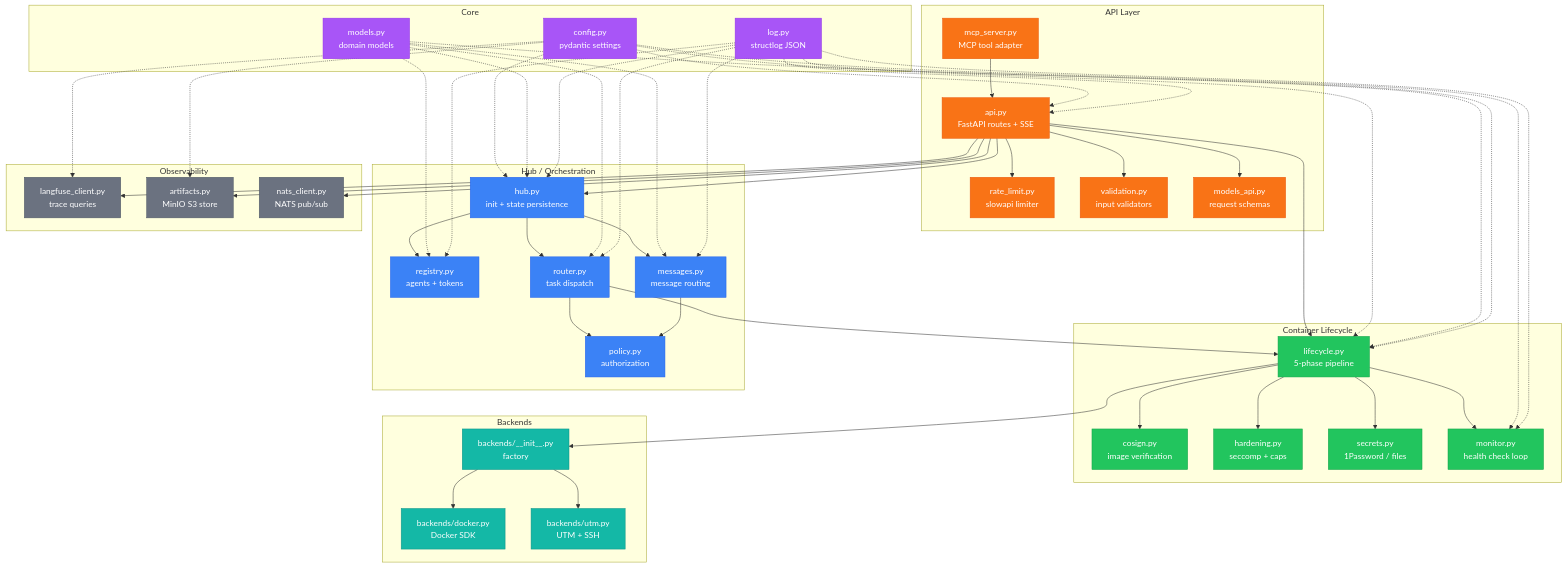
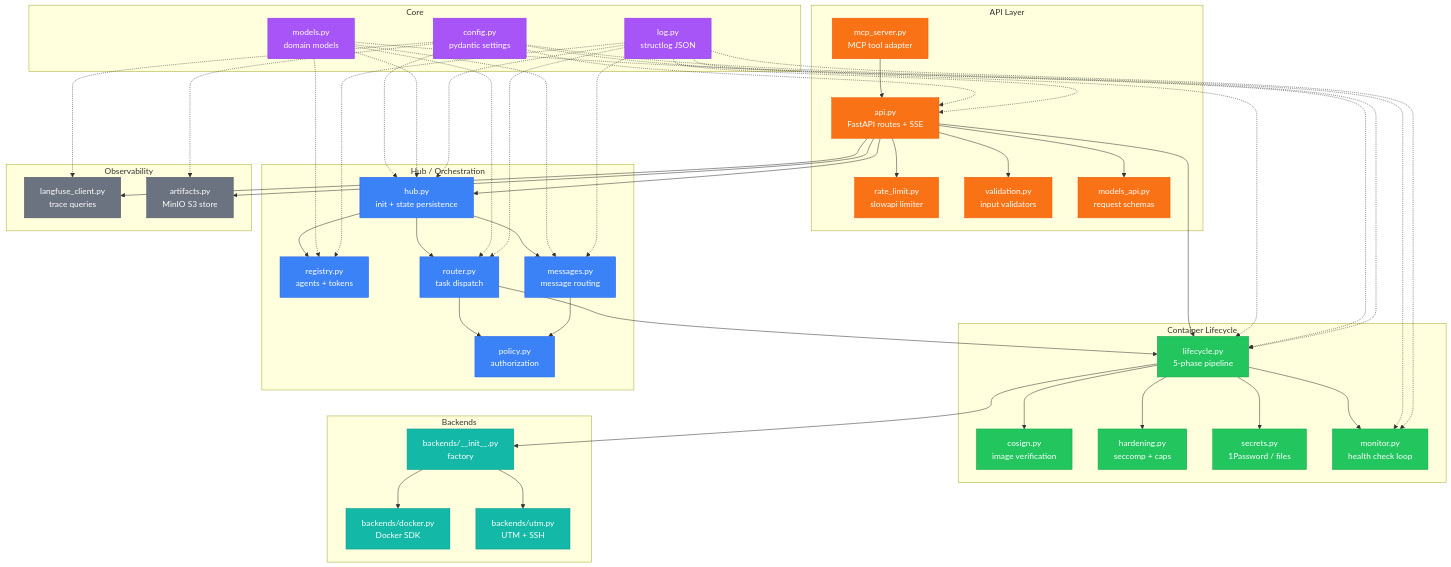
One commit to neverprepared/ink-bunny changed the first of 2 diagrams in docs/brainbox/README.md. Above: the diagram before and after it, drawn with Mermaid. The commit also changed other lines of this file and 10 other files, not shown here.

````diff
--- a/docs/brainbox/README.md
+++ b/docs/brainbox/README.md
@@ -48,7 +48,6 @@
     subgraph Observability["Observability"]
         lf[langfuse_client.py<br/>trace queries]
         art[artifacts.py<br/>MinIO S3 store]
-        nats[nats_client.py<br/>NATS pub/sub]
     end
 
     subgraph Core["Core"]
@@ -61,7 +60,6 @@
     api --> hub
     api --> lf
     api --> art
-    api --> nats
     api --> rate
     api --> val
     api --> models_api
@@ -94,7 +92,7 @@
     class api,mcp,rate,val,models_api apiStyle
     class lc,cosign,hard,secrets,mon lcStyle
     class hub,reg,router,msg,pol hubStyle
-    class lf,art,nats obsStyle
+    class lf,art obsStyle
     class cfg,models,logmod coreStyle
     class be_init,docker_be,utm_be beStyle
 ```
````
